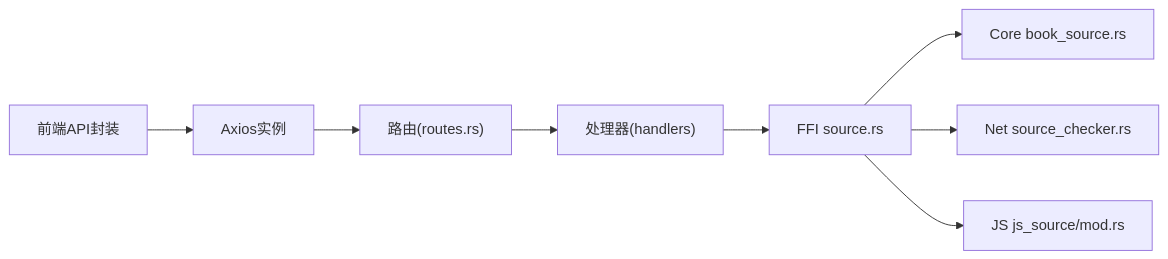
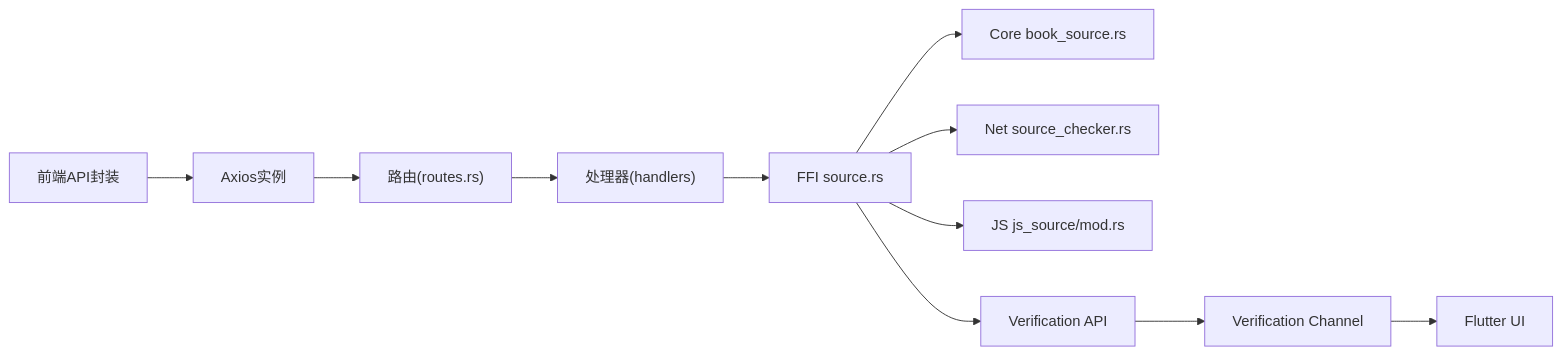
The fifth of 5 diagrams in .qoder/repowiki/zh/content/API参考/RESTful API接口/源管理API.md (ZhangGHGitHub/LegadoTeamFlutter), drawn with Mermaid before and after one commit. The commit also changed other lines of this file and 173 other files, not shown here.

````diff
--- a/.qoder/repowiki/zh/content/API参考/RESTful API接口/源管理API.md
+++ b/.qoder/repowiki/zh/content/API参考/RESTful API接口/源管理API.md
@@ -255,10 +372,13 @@
 ```mermaid
 graph LR
 FE_API["前端API封装"] --> HTTP["Axios实例"]
 HTTP --> ROUTE["路由(routes.rs)"]
 ROUTE --> HANDLER["处理器(handlers)"]
 HANDLER --> FFI_SOURCE["FFI source.rs"]
 FFI_SOURCE --> CORE_MODEL["Core book_source.rs"]
 FFI_SOURCE --> NET_CHECK["Net source_checker.rs"]
 FFI_SOURCE --> JS_ENGINE["JS js_source/mod.rs"]
+FFI_SOURCE --> VERIFICATION["Verification API"]
+VERIFICATION --> VER_CHANNEL["Verification Channel"]
+VER_CHANNEL --> FLUTTER_UI["Flutter UI"]
 ```
````
